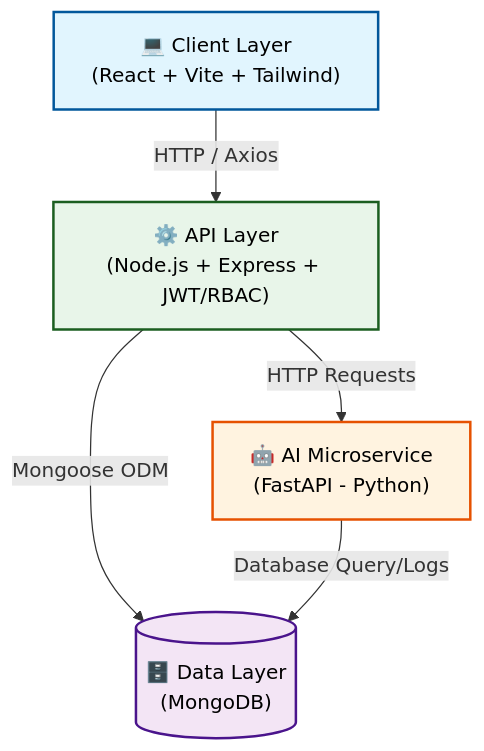
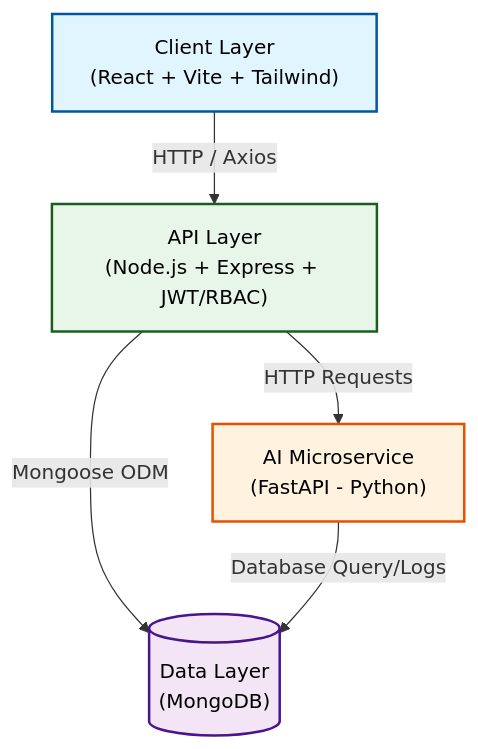
One commit to Sudeeppp-Mishra/TraceGov changed the diagram in README.md. Above: the diagram before and after it, drawn with Mermaid. The commit also changed other lines of this file, not shown here.

Commit message:
docs: update architecture diagrams in README

````diff
--- a/README.md
+++ b/README.md
@@ -80,20 +80,20 @@
 ```mermaid
 graph TD
     %% Define Styles
     classDef client fill:#e1f5fe,stroke:#01579b,stroke-width:2px,color:#000;
     classDef api fill:#e8f5e9,stroke:#1b5e20,stroke-width:2px,color:#000;
     classDef ai fill:#fff3e0,stroke:#e65100,stroke-width:2px,color:#000;
     classDef db fill:#f3e5f5,stroke:#4a148c,stroke-width:2px,color:#000;
 
     %% Define Nodes
-    Client["💻 Client Layer<br>(React + Vite + Tailwind)"]:::client
-    API["⚙️ API Layer<br>(Node.js + Express + JWT/RBAC)"]:::api
-    AI["🤖 AI Microservice<br>(FastAPI - Python)"]:::ai
-    DB[("🗄️ Data Layer<br>(MongoDB)")]:::db
+    Client["Client Layer<br>(React + Vite + Tailwind)"]:::client
+    API["API Layer<br>(Node.js + Express + JWT/RBAC)"]:::api
+    AI["AI Microservice<br>(FastAPI - Python)"]:::ai
+    DB[("Data Layer<br>(MongoDB)")]:::db
 
     %% Define Connections
     Client -->|HTTP / Axios| API
     API -->|Mongoose ODM| DB
     API -->|HTTP Requests| AI
     AI -->|Database Query/Logs| DB
 ```
````
